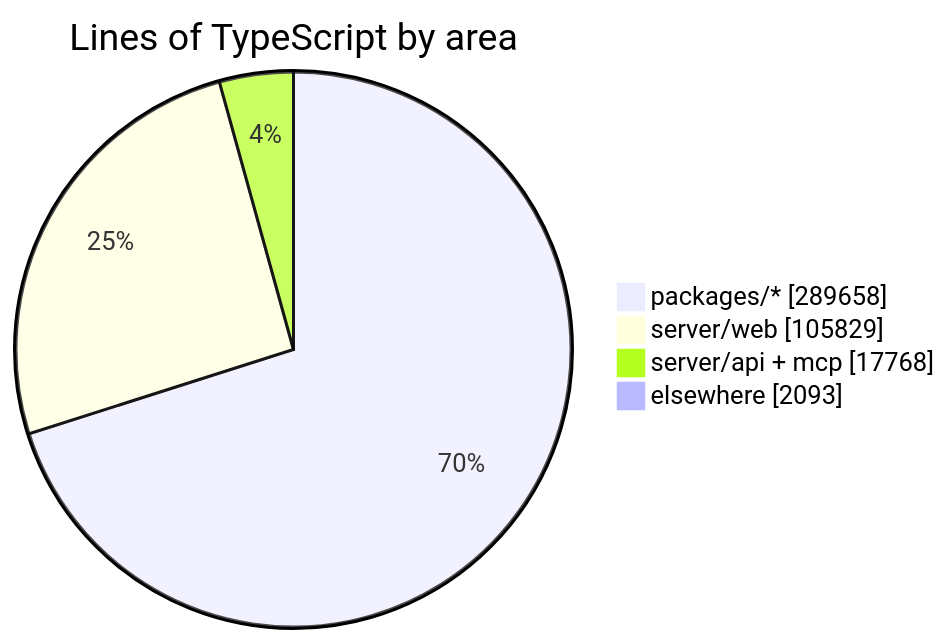
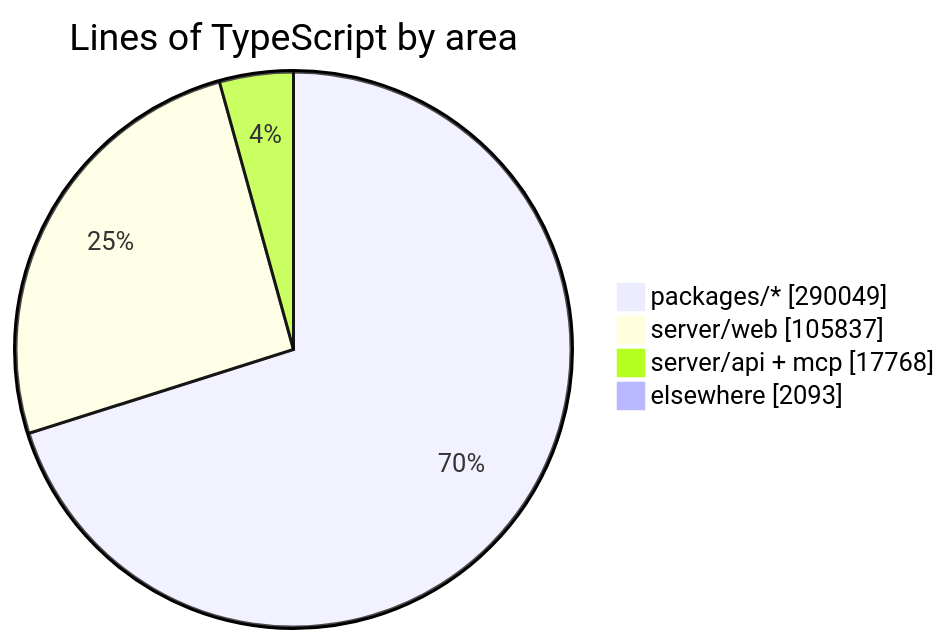
Before and after one commit to crossworks-engineering/mantle: the diagram in README.md, drawn with Mermaid. The commit also changed other lines of this file and 2 other files, not shown here.

````diff
--- a/README.md
+++ b/README.md
@@ -294,7 +294,7 @@
 ```mermaid
 pie showData title Lines of TypeScript by area
-    "packages/*" : 289658
-    "server/web" : 105829
+    "packages/*" : 290049
+    "server/web" : 105837
     "server/api + mcp" : 17768
     "elsewhere" : 2093
 ```
````
